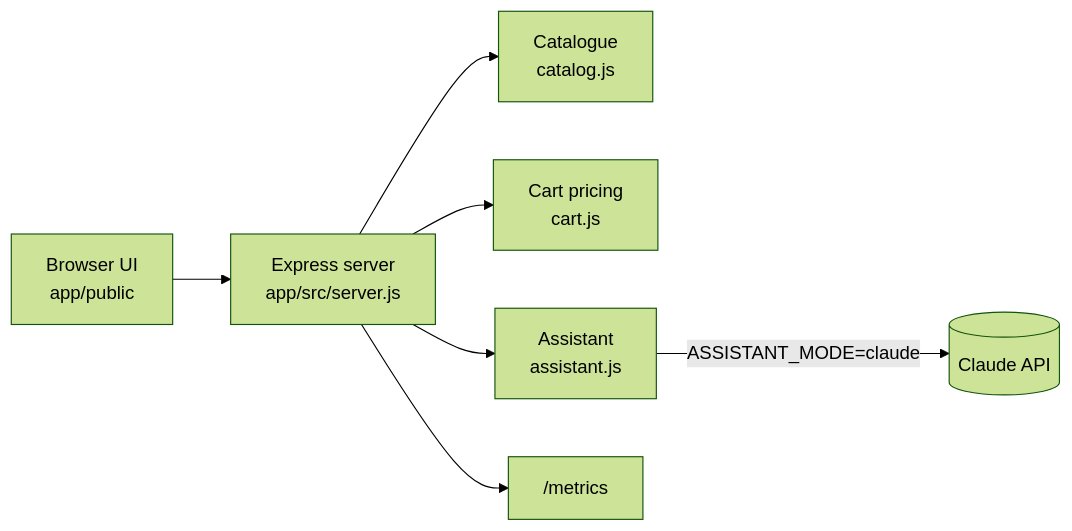
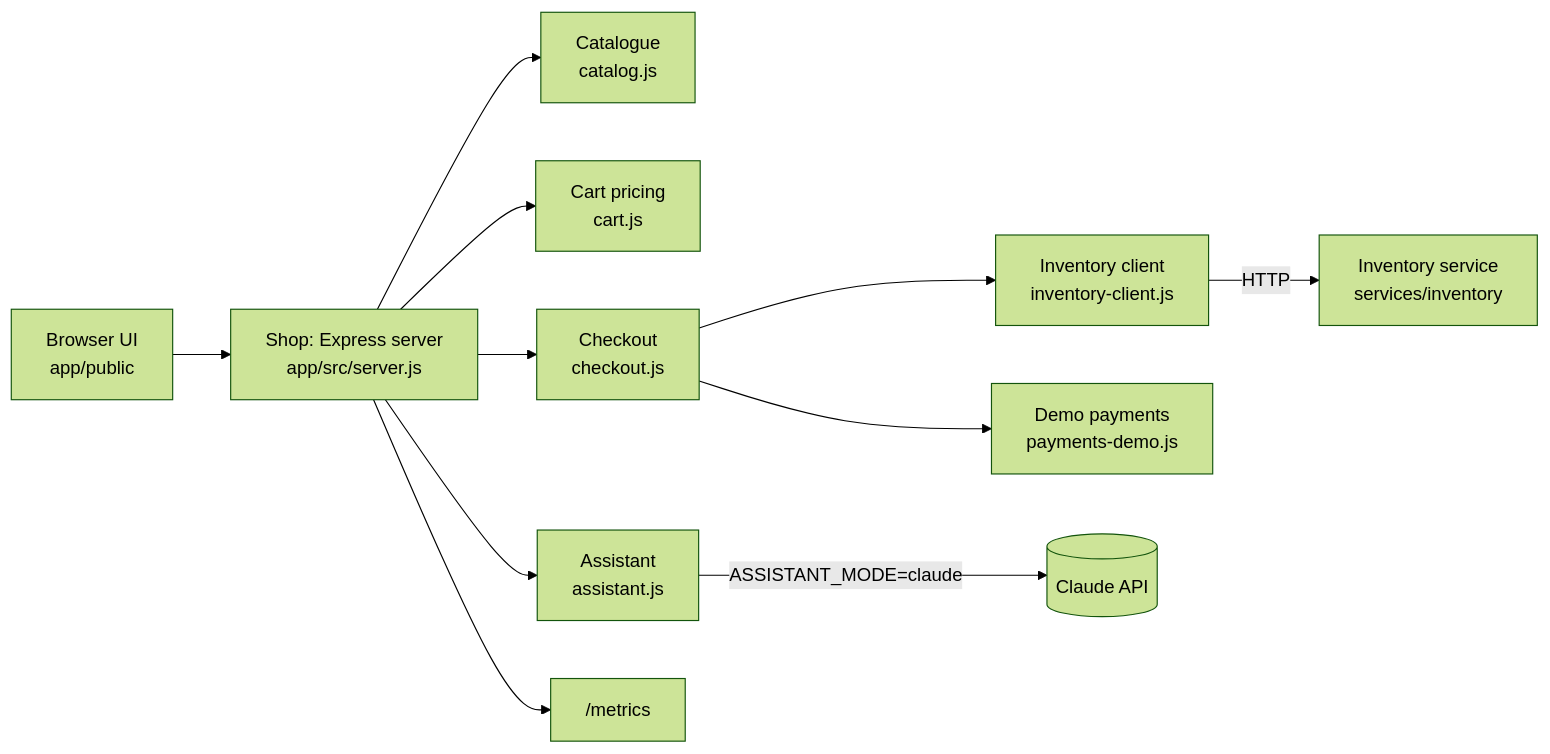
The diagram in docs/reference/demo-app.md (moatazeldebsy/qa-ai-era-workshop), drawn with Mermaid (forest theme) before and after one commit. The commit also changed other lines of this file and 40 other files, not shown here.

````diff
--- a/docs/reference/demo-app.md
+++ b/docs/reference/demo-app.md
@@ -5,9 +5,13 @@
 ```mermaid
 flowchart LR
-  B[Browser UI<br/>app/public] --> S[Express server<br/>app/src/server.js]
+  B[Browser UI<br/>app/public] --> S[Shop: Express server<br/>app/src/server.js]
   S --> C[Catalogue<br/>catalog.js]
   S --> K[Cart pricing<br/>cart.js]
+  S --> CO[Checkout<br/>checkout.js]
+  CO --> IC[Inventory client<br/>inventory-client.js]
+  IC -- HTTP --> INV[Inventory service<br/>services/inventory]
+  CO --> PAY[Demo payments<br/>payments-demo.js]
   S --> A[Assistant<br/>assistant.js]
   A -- ASSISTANT_MODE=claude --> L[(Claude API)]
   S --> M["/metrics"]
 ```
````
